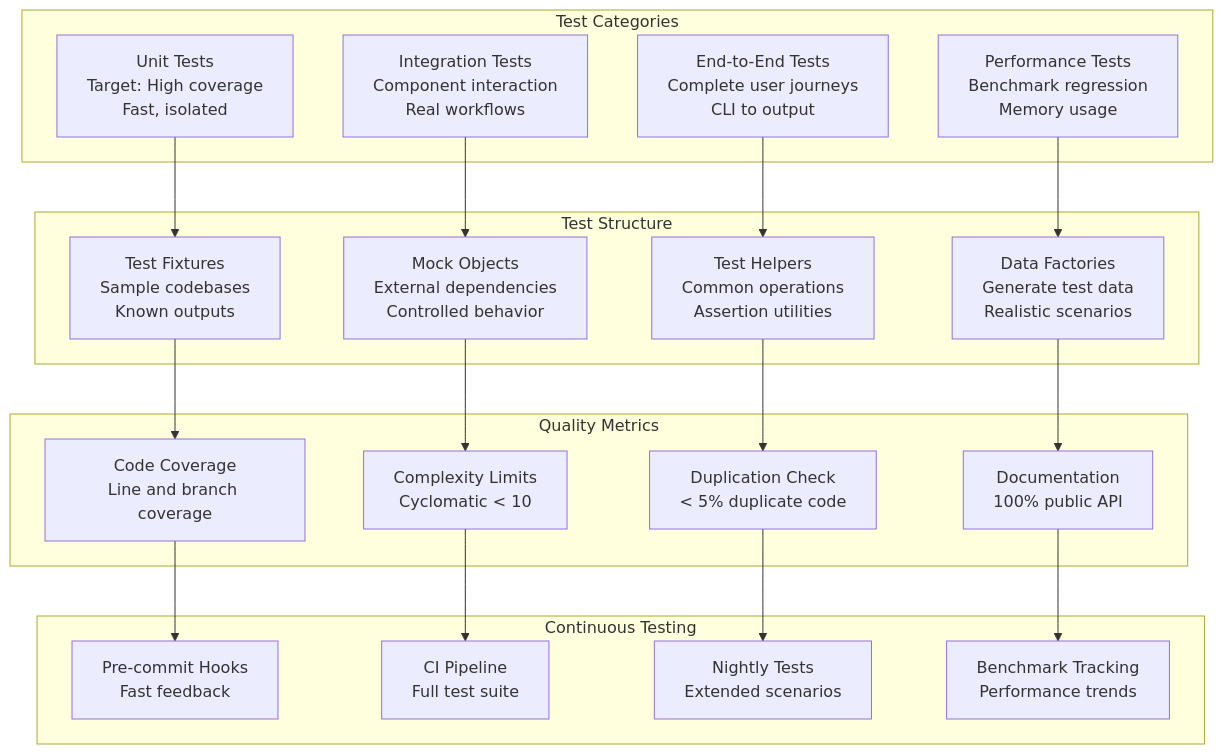
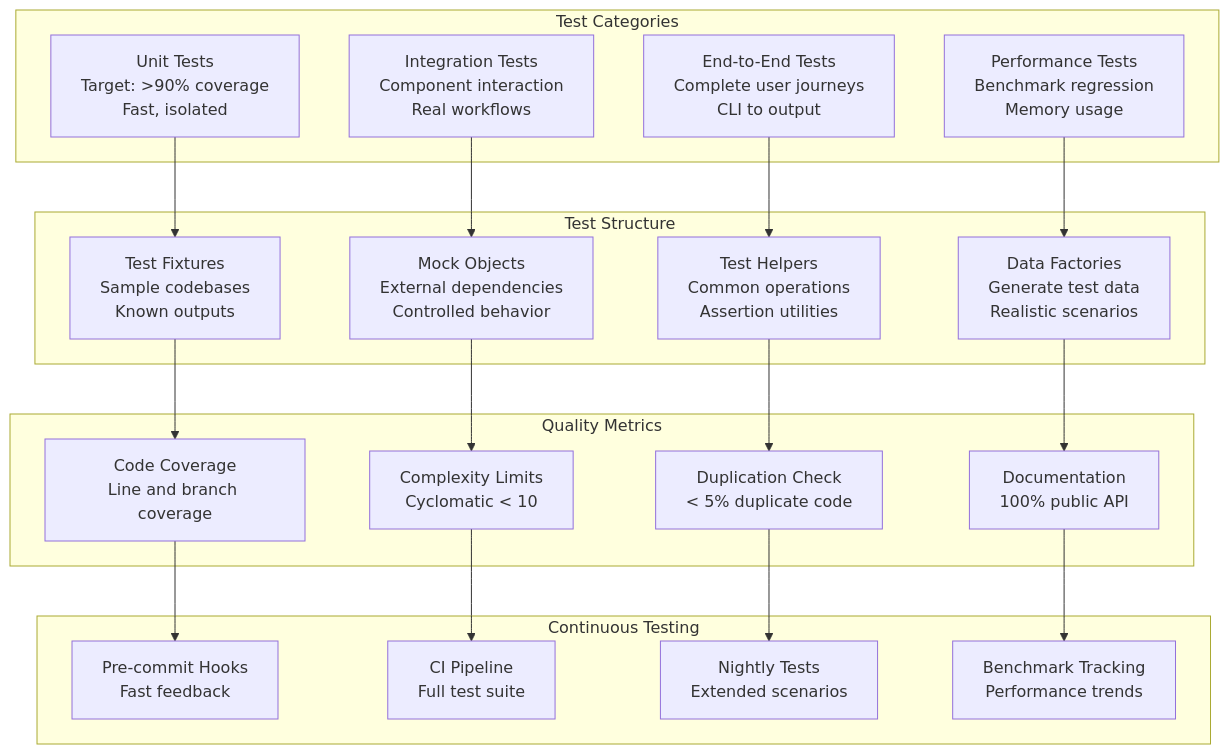
One commit to jddunn/tenets changed diagram 24 of 31 in docs/ARCHITECTURE.md. Above: the diagram before and after it, drawn with Mermaid. The commit also changed other lines of this file and 2 other files, not shown here.

````diff
--- a/docs/ARCHITECTURE.md
+++ b/docs/ARCHITECTURE.md
@@ -1977,45 +1540,45 @@
 ```mermaid
 graph TB
     subgraph "Test Categories"
-        UNIT[Unit Tests<br/>Target: High coverage<br/>Fast, isolated]
+        UNIT[Unit Tests<br/>Target: >90% coverage<br/>Fast, isolated]
         INTEGRATION[Integration Tests<br/>Component interaction<br/>Real workflows]
         E2E[End-to-End Tests<br/>Complete user journeys<br/>CLI to output]
         PERFORMANCE[Performance Tests<br/>Benchmark regression<br/>Memory usage]
     end
 
     subgraph "Test Structure"
         FIXTURES[Test Fixtures<br/>Sample codebases<br/>Known outputs]
         MOCKS[Mock Objects<br/>External dependencies<br/>Controlled behavior]
         HELPERS[Test Helpers<br/>Common operations<br/>Assertion utilities]
         FACTORIES[Data Factories<br/>Generate test data<br/>Realistic scenarios]
     end
 
     subgraph "Quality Metrics"
         COVERAGE[Code Coverage<br/>Line and branch coverage]
         COMPLEXITY[Complexity Limits<br/>Cyclomatic < 10]
         DUPLICATION[Duplication Check<br/>< 5% duplicate code]
         DOCUMENTATION[Documentation<br/>100% public API]
     end
 
     subgraph "Continuous Testing"
         PRE_COMMIT[Pre-commit Hooks<br/>Fast feedback]
         CI_PIPELINE[CI Pipeline<br/>Full test suite]
         NIGHTLY[Nightly Tests<br/>Extended scenarios]
         BENCHMARKS[Benchmark Tracking<br/>Performance trends]
     end
 
     UNIT --> FIXTURES
     INTEGRATION --> MOCKS
     E2E --> HELPERS
     PERFORMANCE --> FACTORIES
 
     FIXTURES --> COVERAGE
     MOCKS --> COMPLEXITY
     HELPERS --> DUPLICATION
     FACTORIES --> DOCUMENTATION
 
     COVERAGE --> PRE_COMMIT
     COMPLEXITY --> CI_PIPELINE
     DUPLICATION --> NIGHTLY
     DOCUMENTATION --> BENCHMARKS
 ```
````
